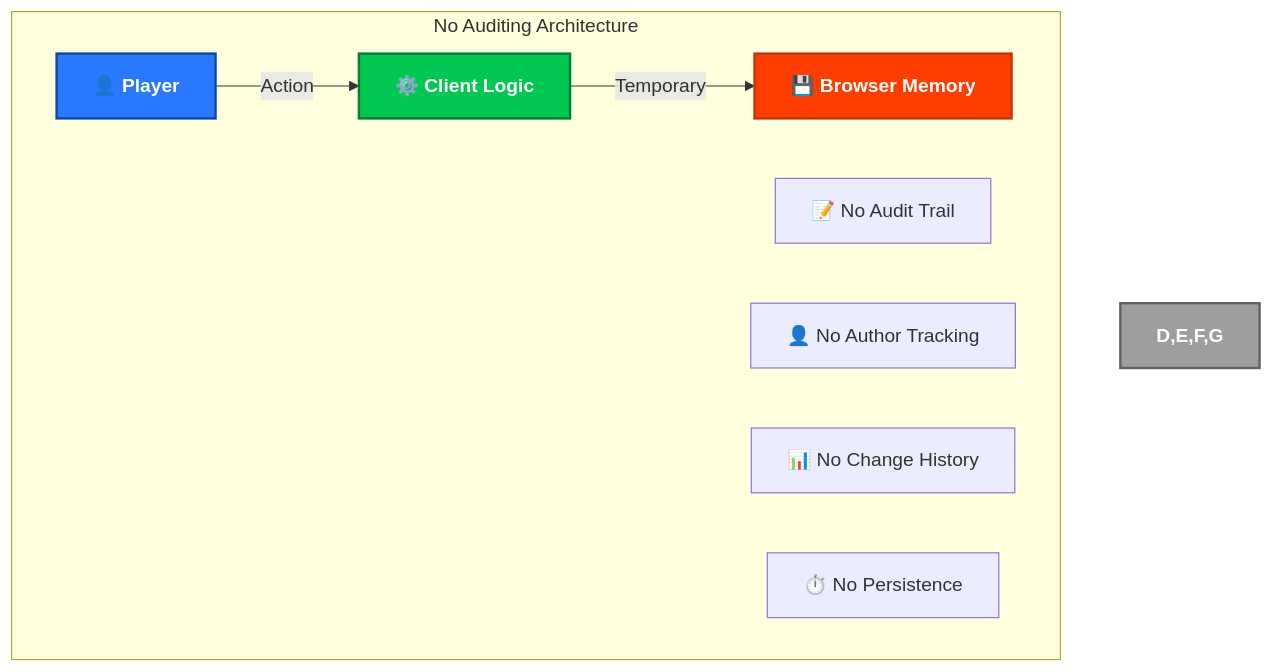
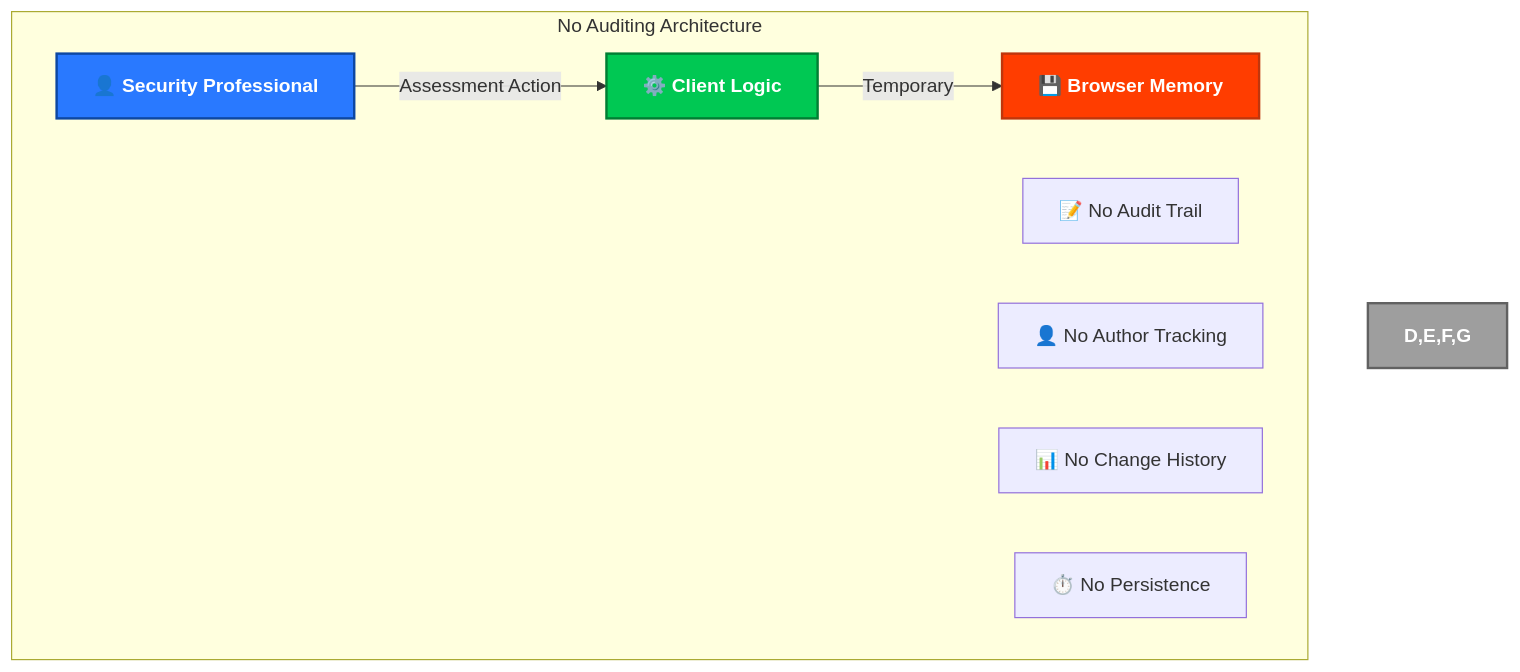
Before and after one commit to Hack23/cia-compliance-manager: the second of 29 diagrams in docs/architecture/SECURITY_ARCHITECTURE.md, drawn with Mermaid. The commit also changed other lines of this file and 3 other files, not shown here.

````diff
--- a/docs/architecture/SECURITY_ARCHITECTURE.md
+++ b/docs/architecture/SECURITY_ARCHITECTURE.md
@@ -121,17 +122,17 @@
 ```mermaid
 flowchart TD
     subgraph "No Auditing Architecture"
-        A[👤 Player] -->|"Action"| B[⚙️ Client Logic]
+        A[👤 Security Professional] -->|"Assessment Action"| B[⚙️ Client Logic]
         B -->|"Temporary"| C[💾 Browser Memory]
 
         D[📝 No Audit Trail]
         E[👤 No Author Tracking]
         F[📊 No Change History]
         G[⏱️ No Persistence]
     end
 
     style A fill:#2979FF,stroke:#0D47A1,stroke-width:2px,color:white,font-weight:bold
     style B fill:#00C853,stroke:#007E33,stroke-width:2px,color:white,font-weight:bold
     style C fill:#FF3D00,stroke:#BF360C,stroke-width:2px,color:white,font-weight:bold
     style D,E,F,G fill:#9E9E9E,stroke:#616161,stroke-width:2px,color:white,font-weight:bold
 ```
````
